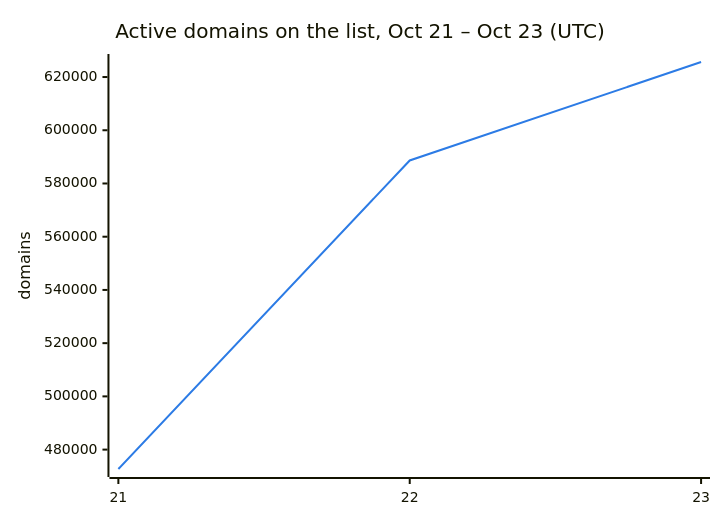
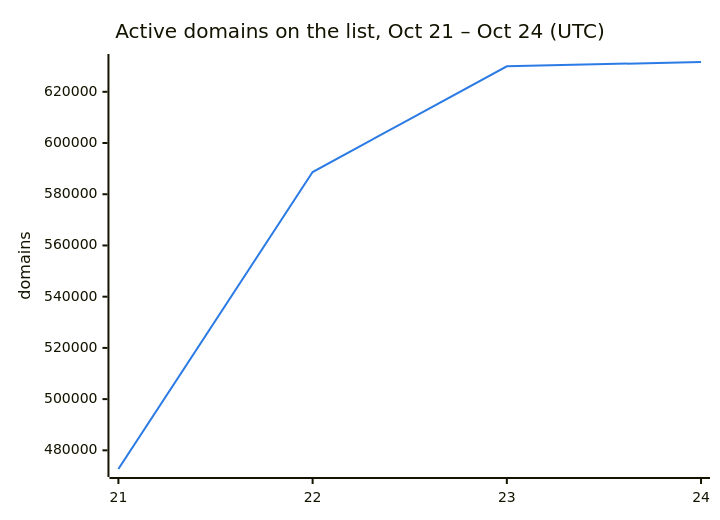
Before and after one commit to DNSBunker/CTI: the second of 3 diagrams in README.md, drawn with Mermaid. The commit also changed other lines of this file and 3 other files, not shown here.

First line of the commit message:
Update 2026-10-24 00:03 UTC: 631637 domains

````diff
--- a/README.md
+++ b/README.md
@@ -38,8 +38,8 @@
 ```mermaid
 %%{init: {"themeVariables": {"xyChart": {"plotColorPalette": "#2c7be5"}}}}%%
 xychart-beta
-    title "Active domains on the list, Oct 21 – Oct 23 (UTC)"
-    x-axis ["21", "22", "23"]
+    title "Active domains on the list, Oct 21 – Oct 24 (UTC)"
+    x-axis ["21", "22", "23", "24"]
     y-axis "domains"
-    line [472713, 588659, 625649]
+    line [472713, 588659, 629951, 631637]
 ```
````
